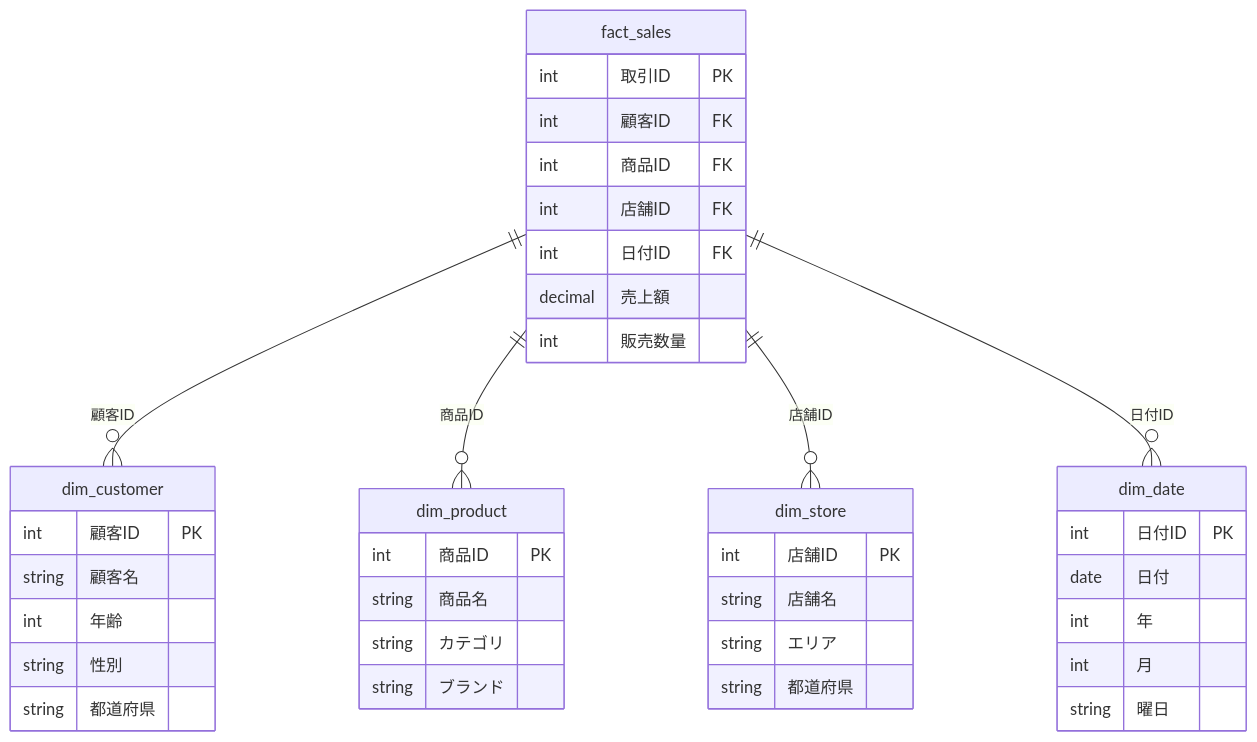
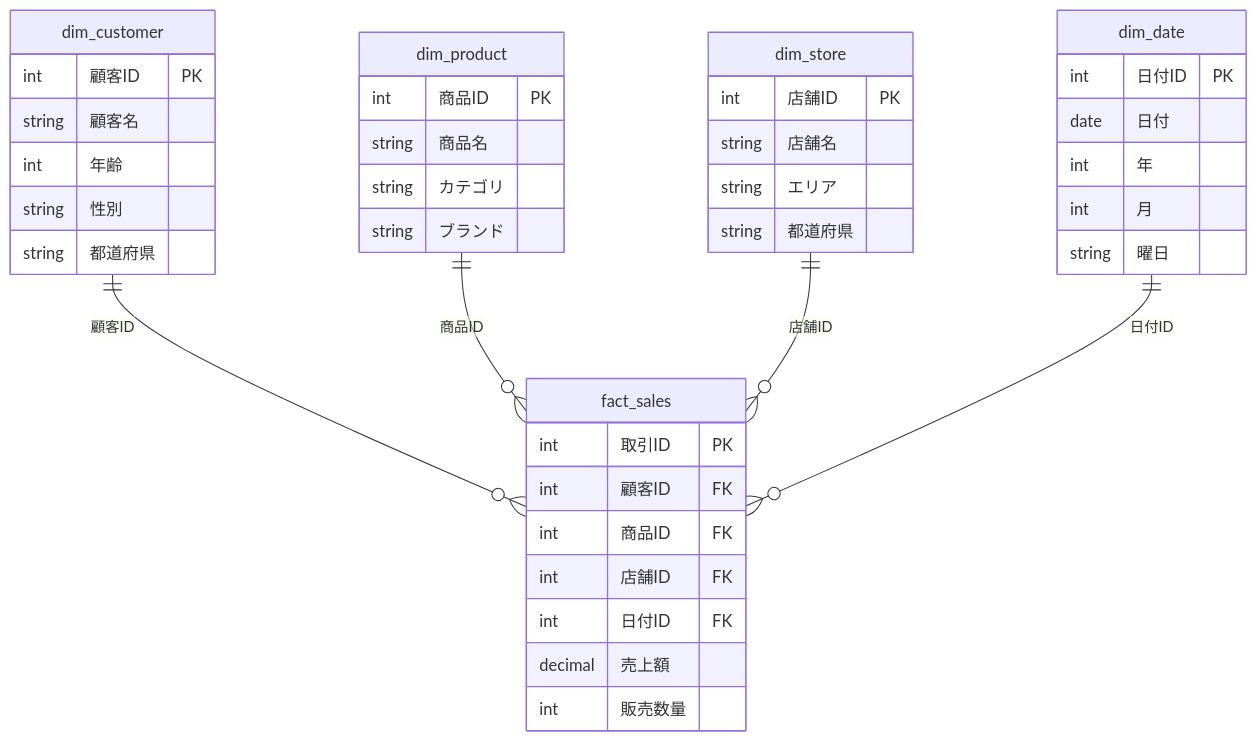
One commit to kkoch5t2/zenn-contents changed the first of 2 diagrams in articles/d99ac5703d024a.md. Above: the diagram before and after it, drawn with Mermaid.

Commit message:
fix: ER図のカーディナリティの向きを修正

````diff
--- a/articles/d99ac5703d024a.md
+++ b/articles/d99ac5703d024a.md
@@ -42,47 +42,47 @@
 ```mermaid
 erDiagram
-    fact_sales ||--o{ dim_customer : "顧客ID"
-    fact_sales ||--o{ dim_product : "商品ID"
-    fact_sales ||--o{ dim_store : "店舗ID"
-    fact_sales ||--o{ dim_date : "日付ID"
+    dim_customer ||--o{ fact_sales : "顧客ID"
+    dim_product ||--o{ fact_sales : "商品ID"
+    dim_store ||--o{ fact_sales : "店舗ID"
+    dim_date ||--o{ fact_sales : "日付ID"
 
     fact_sales {
         int 取引ID PK
         int 顧客ID FK
         int 商品ID FK
         int 店舗ID FK
         int 日付ID FK
         decimal 売上額
         int 販売数量
     }
 
     dim_customer {
         int 顧客ID PK
         string 顧客名
         int 年齢
         string 性別
         string 都道府県
     }
 
     dim_product {
         int 商品ID PK
         string 商品名
         string カテゴリ
         string ブランド
     }
 
     dim_store {
         int 店舗ID PK
         string 店舗名
         string エリア
         string 都道府県
     }
 
     dim_date {
         int 日付ID PK
         date 日付
         int 年
         int 月
         string 曜日
     }
 ```
````
